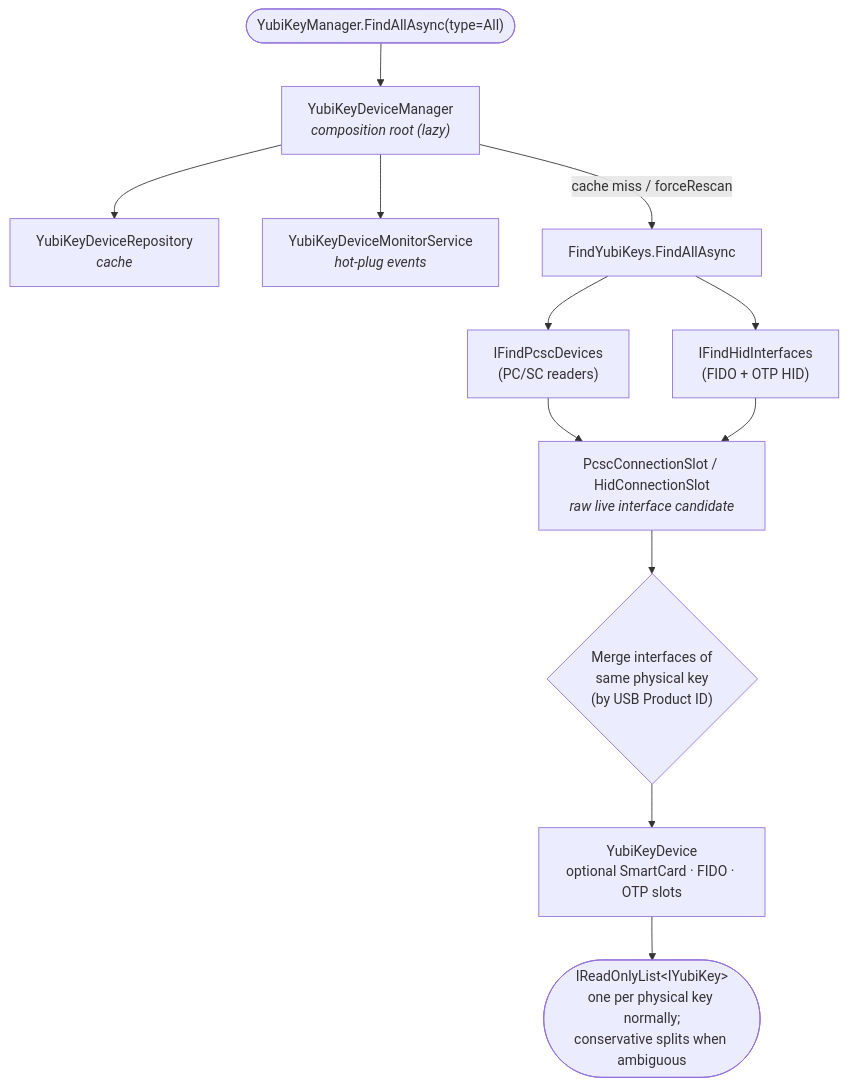
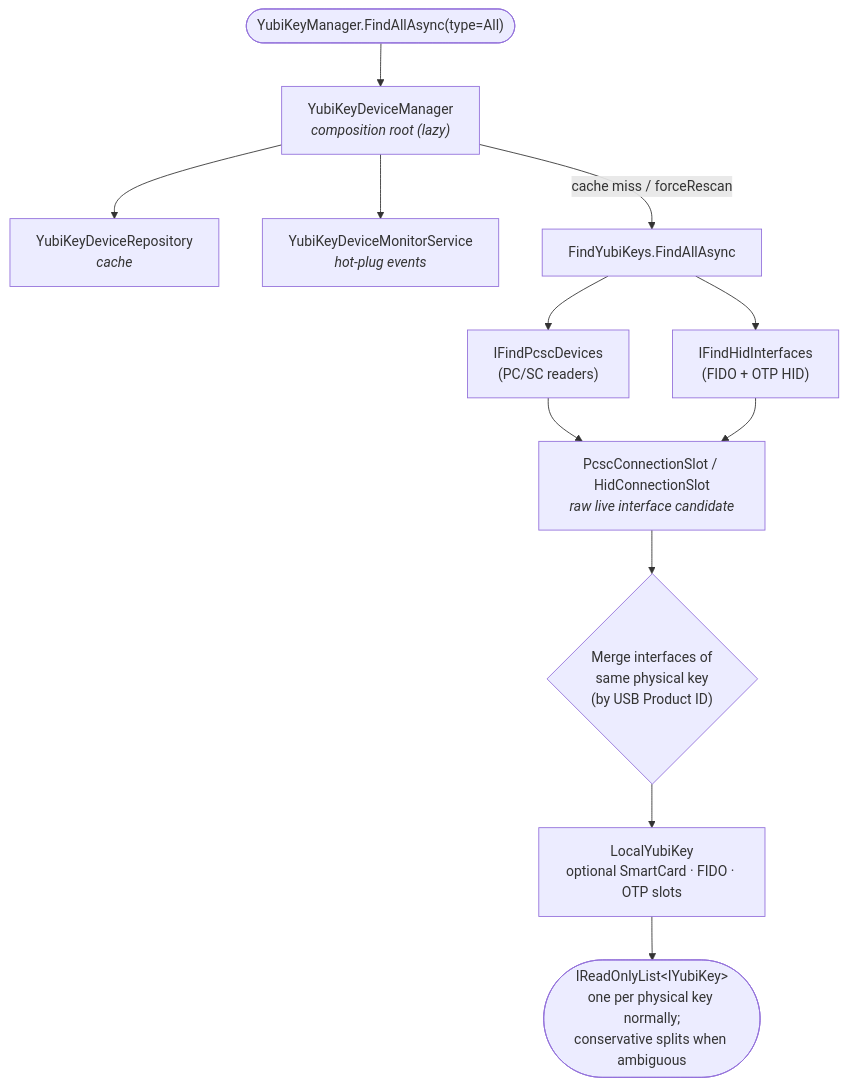
The sixth of 7 diagrams in docs/architecture/sdk-architecture-diagrams.md (Yubico/Yubico.NET.SDK), drawn with Mermaid before and after one commit. The commit also changed other lines of this file and 34 other files, not shown here.

First line of the commit message:
refactor(core): rename YubiKeyDevice to LocalYubiKey

````diff
--- a/docs/architecture/sdk-architecture-diagrams.md
+++ b/docs/architecture/sdk-architecture-diagrams.md
@@ -287,29 +287,29 @@
 ```mermaid
 flowchart TD
     Start(["YubiKeyManager.FindAllAsync(type=All)"])
     Mgr["YubiKeyDeviceManager<br/><i>composition root (lazy)</i>"]
     Repo["YubiKeyDeviceRepository<br/><i>cache</i>"]
     Mon["YubiKeyDeviceMonitorService<br/><i>hot-plug events</i>"]
     Find["FindYubiKeys.FindAllAsync"]
 
     FPcsc["IFindPcscDevices<br/>(PC/SC readers)"]
     FHid["IFindHidInterfaces<br/>(FIDO + OTP HID)"]
     Merge{"Merge interfaces of<br/>same physical key<br/>(by USB Product ID)"}
 
     Slot["PcscConnectionSlot / HidConnectionSlot<br/><i>raw live interface candidate</i>"]
-    Flat["YubiKeyDevice<br/>optional SmartCard · FIDO · OTP slots"]
+    Flat["LocalYubiKey<br/>optional SmartCard · FIDO · OTP slots"]
 
     Result(["IReadOnlyList&lt;IYubiKey&gt;<br/>one per physical key normally;<br/>conservative splits when ambiguous"])
 
     Start --> Mgr
     Mgr --> Repo
     Mgr --> Mon
     Mgr -->|cache miss / forceRescan| Find
     Find --> FPcsc
     Find --> FHid
     FPcsc --> Slot
     FHid --> Slot
     Slot --> Merge
     Merge --> Flat
     Flat --> Result
 ```
````
